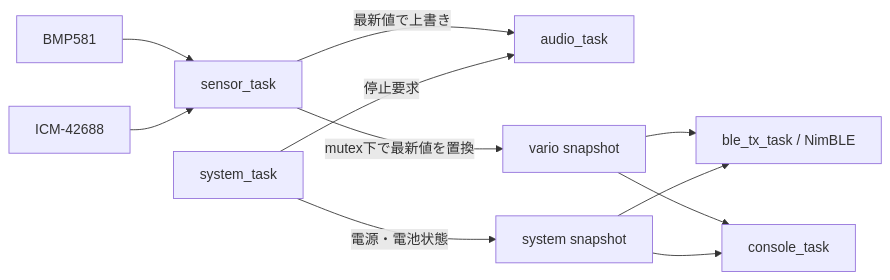
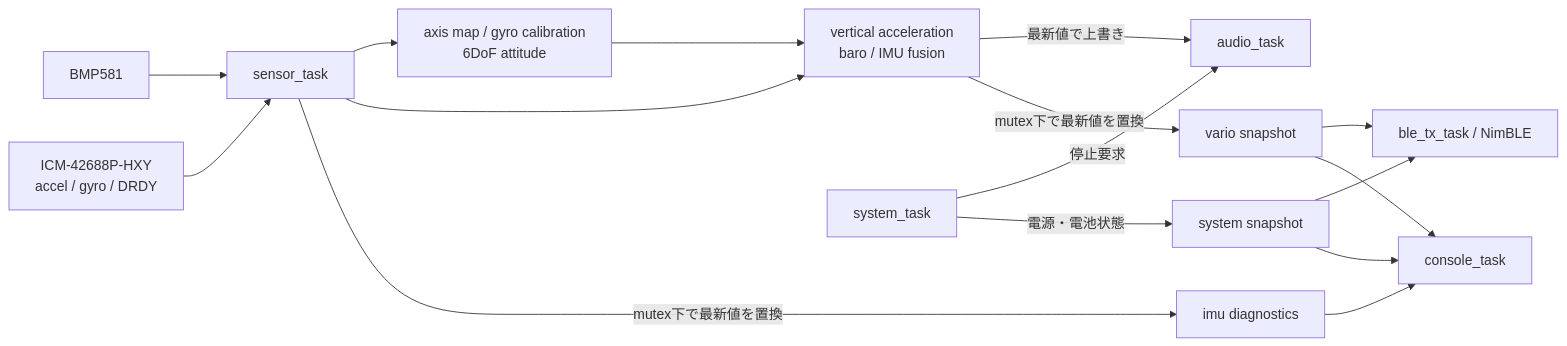
The second of 2 diagrams in DOC/SW_spec.md (Satoshi5385/CloudBaseVario), drawn with Mermaid before and after one commit. The commit also changed other lines of this file and 98 other files, not shown here.

````diff
--- a/DOC/SW_spec.md
+++ b/DOC/SW_spec.md
@@ -382,13 +516,18 @@
 ```mermaid
 flowchart LR
     BMP[BMP581] --> SENSOR[sensor_task]
-    IMU[ICM-42688] --> SENSOR
-    SENSOR -->|最新値で上書き| AUDIO[audio_task]
-    SENSOR -->|mutex下で最新値を置換| VARIO_SNAPSHOT[vario snapshot]
+    IMU[ICM-42688P-HXY<br/>accel / gyro / DRDY] --> SENSOR
+    SENSOR --> ATTITUDE[axis map / gyro calibration<br/>6DoF attitude]
+    ATTITUDE --> FUSION[vertical acceleration<br/>baro / IMU fusion]
+    SENSOR --> FUSION
+    FUSION -->|最新値で上書き| AUDIO[audio_task]
+    FUSION -->|mutex下で最新値を置換| VARIO_SNAPSHOT[vario snapshot]
+    SENSOR -->|mutex下で最新値を置換| IMU_DIAGNOSTICS[imu diagnostics]
     VARIO_SNAPSHOT --> BLE[ble_tx_task / NimBLE]
     VARIO_SNAPSHOT --> CONSOLE[console_task]
+    IMU_DIAGNOSTICS --> CONSOLE
     SYSTEM[system_task] -->|停止要求| AUDIO
     SYSTEM -->|電源・電池状態| SYSTEM_SNAPSHOT[system snapshot]
     SYSTEM_SNAPSHOT --> BLE
     SYSTEM_SNAPSHOT --> CONSOLE
 ```
````
